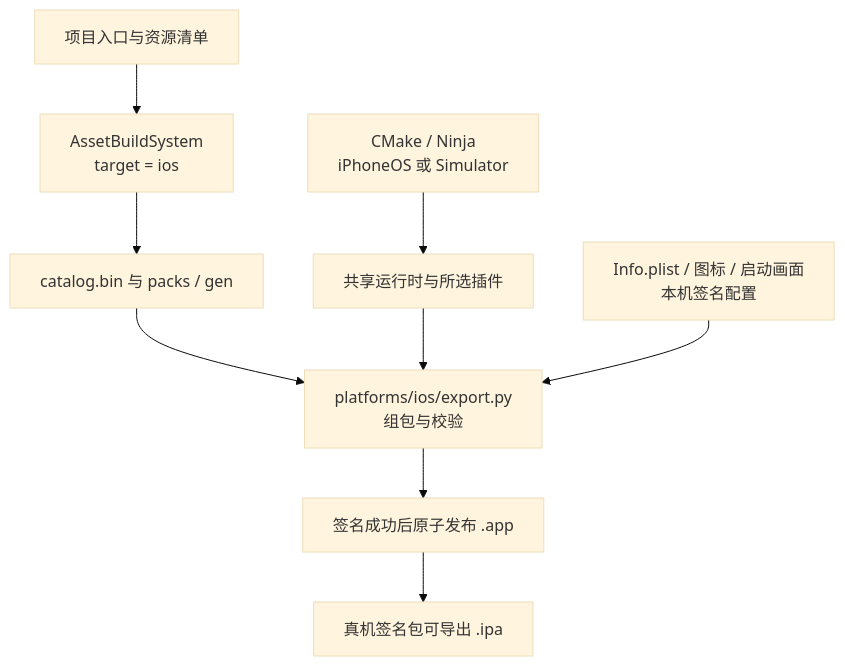
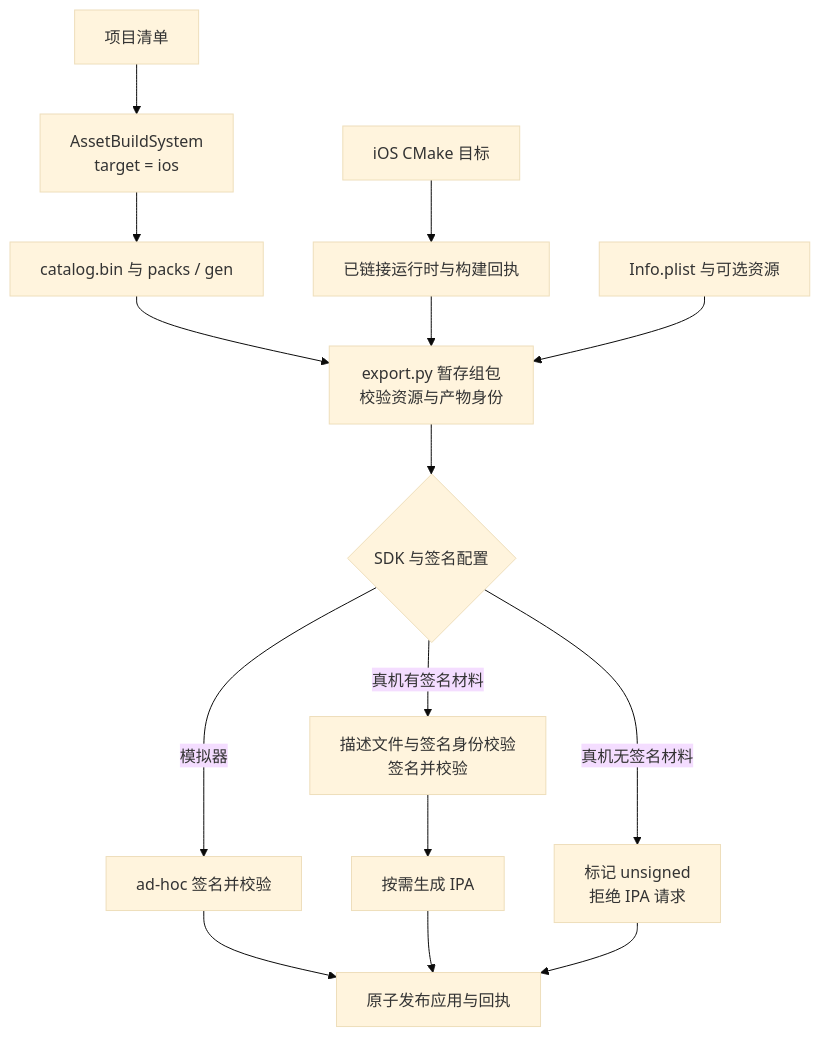
Before and after one commit to lcals/Engine: the diagram in docs/editor/class-diagrams/ios-export.md, drawn with Mermaid (base theme). The commit also changed other lines of this file and 17 other files, not shown here.

````diff
--- a/docs/editor/class-diagrams/ios-export.md
+++ b/docs/editor/class-diagrams/ios-export.md
@@ -11,11 +11,17 @@
 ```mermaid
 flowchart TB
-    A[项目入口与资源清单] --> B["AssetBuildSystem<br/>target = ios"]
+    A["项目清单"] --> B["AssetBuildSystem<br/>target = ios"]
     B --> C["catalog.bin 与 packs / gen"]
-    D["CMake / Ninja<br/>iPhoneOS 或 Simulator"] --> E[共享运行时与所选插件]
-    C --> F["platforms/ios/export.py<br/>组包与校验"]
+    D["iOS CMake 目标"] --> E["已链接运行时与构建回执"]
+    C --> F["export.py 暂存组包<br/>校验资源与产物身份"]
     E --> F
-    G["Info.plist / 图标 / 启动画面<br/>本机签名配置"] --> F
-    F --> H[签名成功后原子发布 .app]
-    H --> I[真机签名包可导出 .ipa]
+    G["Info.plist 与可选资源"] --> F
+    F --> K{"SDK 与签名配置"}
+    K -->|"模拟器"| S["ad-hoc 签名并校验"]
+    K -->|"真机有签名材料"| T["描述文件与签名身份校验<br/>签名并校验"]
+    K -->|"真机无签名材料"| U["标记 unsigned<br/>拒绝 IPA 请求"]
+    S --> P["原子发布应用与回执"]
+    T --> I["按需生成 IPA"]
+    I --> P
+    U --> P
 ```
````
